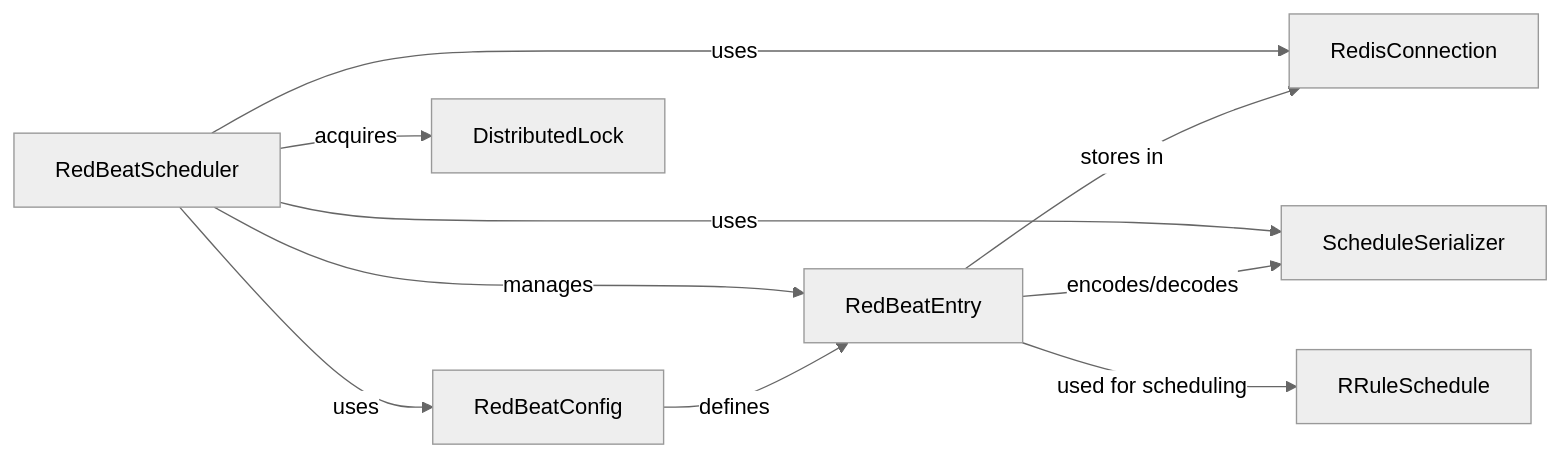
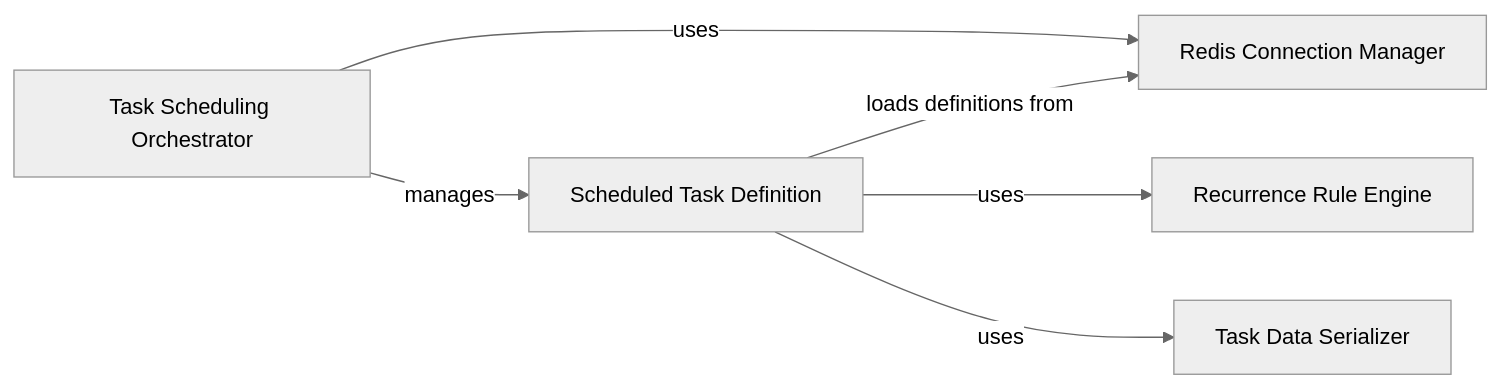
One commit to CodeBoarding/GeneratedOnBoardings changed the diagram in redbeat/on_boarding.md. Above: the diagram before and after it, drawn with Mermaid (neutral theme). The commit also changed other lines of this file and 27 other files, not shown here.

````diff
--- a/redbeat/on_boarding.md
+++ b/redbeat/on_boarding.md
@@ -1,26 +1,18 @@
 ```mermaid
 graph LR
-    RedBeatScheduler["RedBeatScheduler"]
-    RedBeatEntry["RedBeatEntry"]
-    RedBeatConfig["RedBeatConfig"]
-    RedisConnection["RedisConnection"]
-    ScheduleSerializer["ScheduleSerializer"]
-    RRuleSchedule["RRuleSchedule"]
-    DistributedLock["DistributedLock"]
-    RedBeatScheduler -- "manages" --> RedBeatEntry
-    RedBeatScheduler -- "uses" --> RedisConnection
-    RedBeatScheduler -- "uses" --> ScheduleSerializer
-    RedBeatScheduler -- "uses" --> RedBeatConfig
-    RedBeatEntry -- "stores in" --> RedisConnection
-    RedBeatEntry -- "encodes/decodes" --> ScheduleSerializer
-    RedBeatConfig -- "defines" --> RedBeatEntry
-    RedBeatEntry -- "used for scheduling" --> RRuleSchedule
-    RedBeatScheduler -- "acquires" --> DistributedLock
-    click RedBeatScheduler href "https://github.com/CodeBoarding/GeneratedOnBoardings/blob/main/redbeat/RedBeatScheduler.md" "Details"
-    click RedBeatEntry href "https://github.com/CodeBoarding/GeneratedOnBoardings/blob/main/redbeat/RedBeatEntry.md" "Details"
-    click RedBeatConfig href "https://github.com/CodeBoarding/GeneratedOnBoardings/blob/main/redbeat/RedBeatConfig.md" "Details"
-    click RedisConnection href "https://github.com/CodeBoarding/GeneratedOnBoardings/blob/main/redbeat/RedisConnection.md" "Details"
-    click ScheduleSerializer href "https://github.com/CodeBoarding/GeneratedOnBoardings/blob/main/redbeat/ScheduleSerializer.md" "Details"
-    click RRuleSchedule href "https://github.com/CodeBoarding/GeneratedOnBoardings/blob/main/redbeat/RRuleSchedule.md" "Details"
-    click DistributedLock href "https://github.com/CodeBoarding/GeneratedOnBoardings/blob/main/redbeat/DistributedLock.md" "Details"
+    Task_Scheduling_Orchestrator["Task Scheduling Orchestrator"]
+    Scheduled_Task_Definition["Scheduled Task Definition"]
+    Redis_Connection_Manager["Redis Connection Manager"]
+    Recurrence_Rule_Engine["Recurrence Rule Engine"]
+    Task_Data_Serializer["Task Data Serializer"]
+    Task_Scheduling_Orchestrator -- "manages" --> Scheduled_Task_Definition
+    Task_Scheduling_Orchestrator -- "uses" --> Redis_Connection_Manager
+    Scheduled_Task_Definition -- "loads definitions from" --> Redis_Connection_Manager
+    Scheduled_Task_Definition -- "uses" --> Recurrence_Rule_Engine
+    Scheduled_Task_Definition -- "uses" --> Task_Data_Serializer
+    click Task_Scheduling_Orchestrator href "https://github.com/CodeBoarding/GeneratedOnBoardings/blob/main/redbeat/Task Scheduling Orchestrator.md" "Details"
+    click Scheduled_Task_Definition href "https://github.com/CodeBoarding/GeneratedOnBoardings/blob/main/redbeat/Scheduled Task Definition.md" "Details"
+    click Redis_Connection_Manager href "https://github.com/CodeBoarding/GeneratedOnBoardings/blob/main/redbeat/Redis Connection Manager.md" "Details"
+    click Recurrence_Rule_Engine href "https://github.com/CodeBoarding/GeneratedOnBoardings/blob/main/redbeat/Recurrence Rule Engine.md" "Details"
+    click Task_Data_Serializer href "https://github.com/CodeBoarding/GeneratedOnBoardings/blob/main/redbeat/Task Data Serializer.md" "Details"
 ```
````
